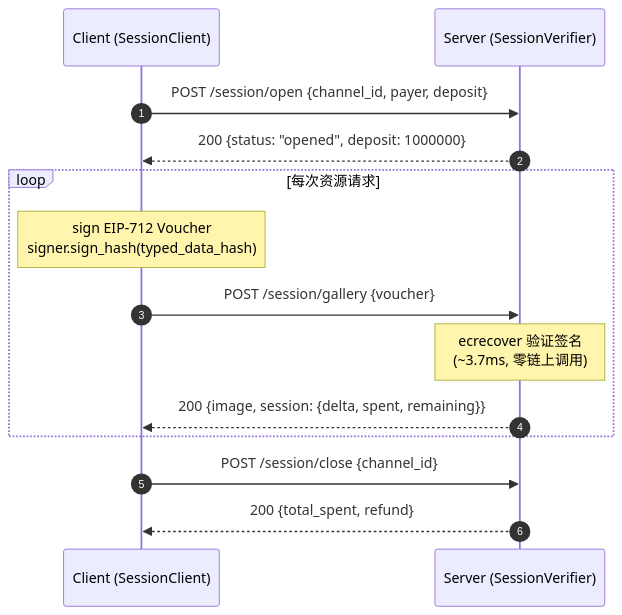
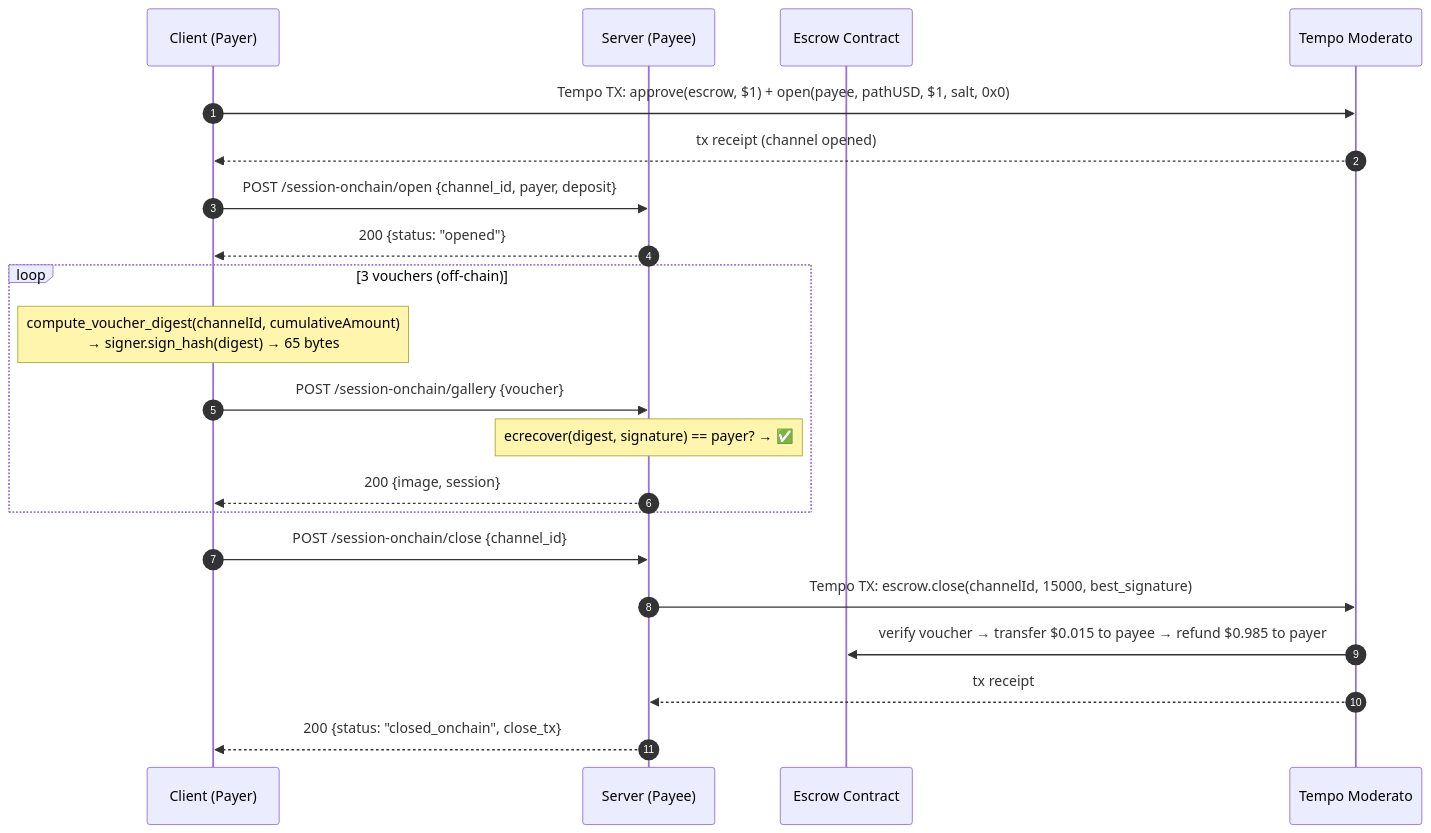
Before and after one commit to CTest101/mpp-python-demo: the second of 2 diagrams in docs/TEST_REPORT.md, drawn with Mermaid. The commit also changed other lines of this file and 2 other files, not shown here.

First line of the commit message:
fix: EIP-712 digest now matches contract exactly + updated test report

````diff
--- a/docs/TEST_REPORT.md
+++ b/docs/TEST_REPORT.md
@@ -266,19 +129,26 @@
 ```mermaid
 sequenceDiagram
     autonumber
-    participant C as Client (SessionClient)
-    participant S as Server (SessionVerifier)
+    participant C as Client (Payer)
+    participant S as Server (Payee)
+    participant E as Escrow Contract
+    participant T as Tempo Moderato
 
-    C->>S: POST /session/open {channel_id, payer, deposit}
-    S-->>C: 200 {status: "opened", deposit: 1000000}
+    C->>T: Tempo TX: approve(escrow, $1) + open(payee, pathUSD, $1, salt, 0x0)
+    T-->>C: tx receipt (channel opened)
+    C->>S: POST /session-onchain/open {channel_id, payer, deposit}
+    S-->>C: 200 {status: "opened"}
 
-    loop 每次资源请求
-        Note over C: sign EIP-712 Voucher<br/>signer.sign_hash(typed_data_hash)
-        C->>S: POST /session/gallery {voucher}
-        Note over S: ecrecover 验证签名<br/>(~3.7ms, 零链上调用)
-        S-->>C: 200 {image, session: {delta, spent, remaining}}
+    loop 3 vouchers (off-chain)
+        Note over C: compute_voucher_digest(channelId, cumulativeAmount)<br/>→ signer.sign_hash(digest) → 65 bytes
+        C->>S: POST /session-onchain/gallery {voucher}
+        Note over S: ecrecover(digest, signature) == payer? → ✅
+        S-->>C: 200 {image, session}
     end
 
-    C->>S: POST /session/close {channel_id}
-    S-->>C: 200 {total_spent, refund}
+    C->>S: POST /session-onchain/close {channel_id}
+    S->>T: Tempo TX: escrow.close(channelId, 15000, best_signature)
+    T->>E: verify voucher → transfer $0.015 to payee → refund $0.985 to payer
+    T-->>S: tx receipt
+    S-->>C: 200 {status: "closed_onchain", close_tx}
 ```
````
